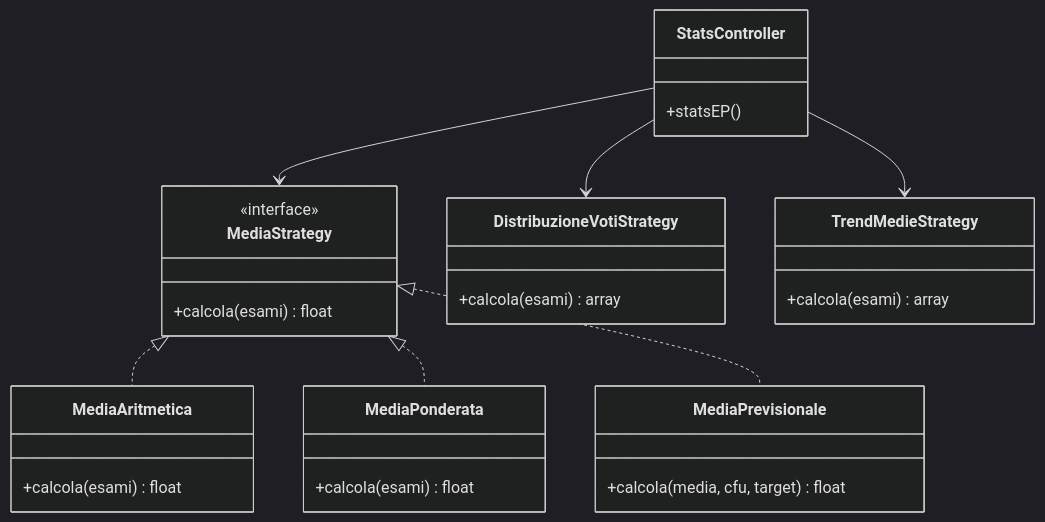
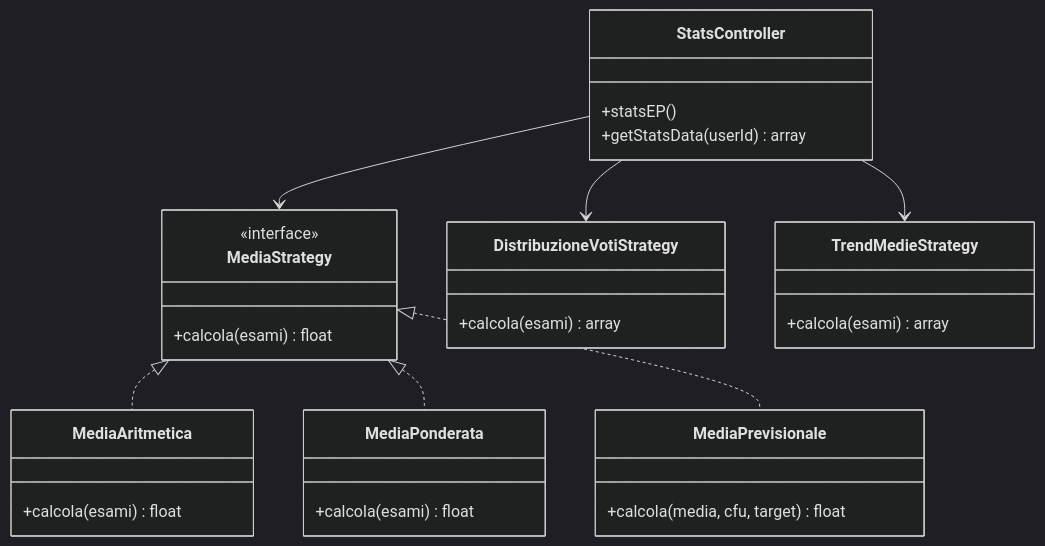
One commit to frankelfokou/Gestione-esami-universitari changed the second of 16 diagrams in README.md. Above: the diagram before and after it, drawn with Mermaid (dark theme). The commit also changed other lines of this file and 1 other file, not shown here.

Commit message:
Compatibilità interfaccia ResponseData del router

````diff
--- a/README.md
+++ b/README.md
@@ -532,43 +327,44 @@
 ```mermaid
 classDiagram
     direction TB
 
     class StatsController {
         +statsEP()
+        +getStatsData(userId) array
     }
 
     class MediaStrategy {
         <<interface>>
         +calcola(esami) float
     }
 
     class MediaAritmetica {
         +calcola(esami) float
     }
 
     class MediaPonderata {
         +calcola(esami) float
     }
 
     class MediaPrevisionale {
         +calcola(media, cfu, target) float
     }
 
     class DistribuzioneVotiStrategy {
         +calcola(esami) array
     }
 
     class TrendMedieStrategy {
         +calcola(esami) array
     }
 
     %% L'ordine di queste tre righe determina la posizione orizzontale (Sinistra -> Destra)
     StatsController --> MediaStrategy
     StatsController --> DistribuzioneVotiStrategy
     StatsController --> TrendMedieStrategy
 
     %% Implementazioni dell'interfaccia (stanno sotto MediaStrategy)
     MediaStrategy <|.. MediaAritmetica
     MediaStrategy <|.. MediaPonderata
     MediaStrategy <|.. MediaPrevisionale
 ```
````
